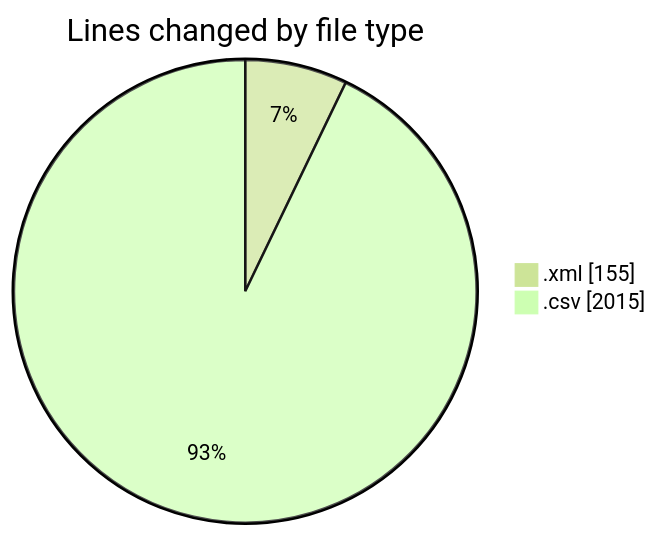
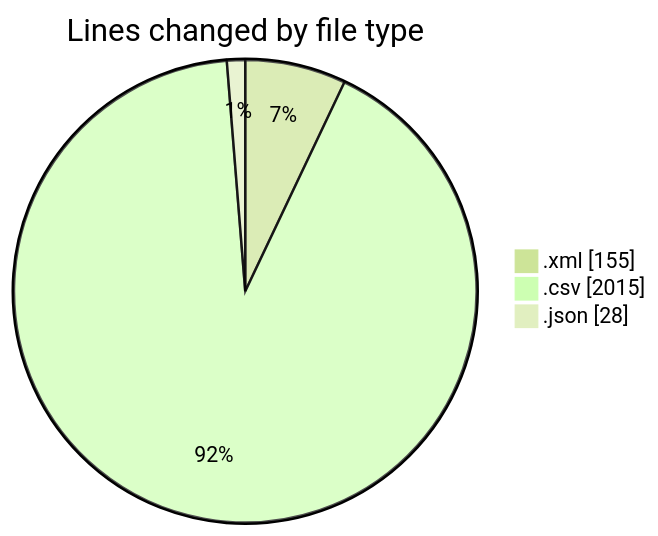
The first of 2 diagrams in 2026-06-04/cilapp/README.md (ricardozamudiocil/code-tracking), drawn with Mermaid (forest theme) before and after one commit. The commit also changed other lines of this file and 1 other file, not shown here.

````diff
--- a/2026-06-04/cilapp/README.md
+++ b/2026-06-04/cilapp/README.md
@@ -22,6 +23,7 @@
 ```mermaid
 pie showData
 title Lines changed by file type
 ".xml" : 155
 ".csv" : 2015
+".json" : 28
 ```
````
